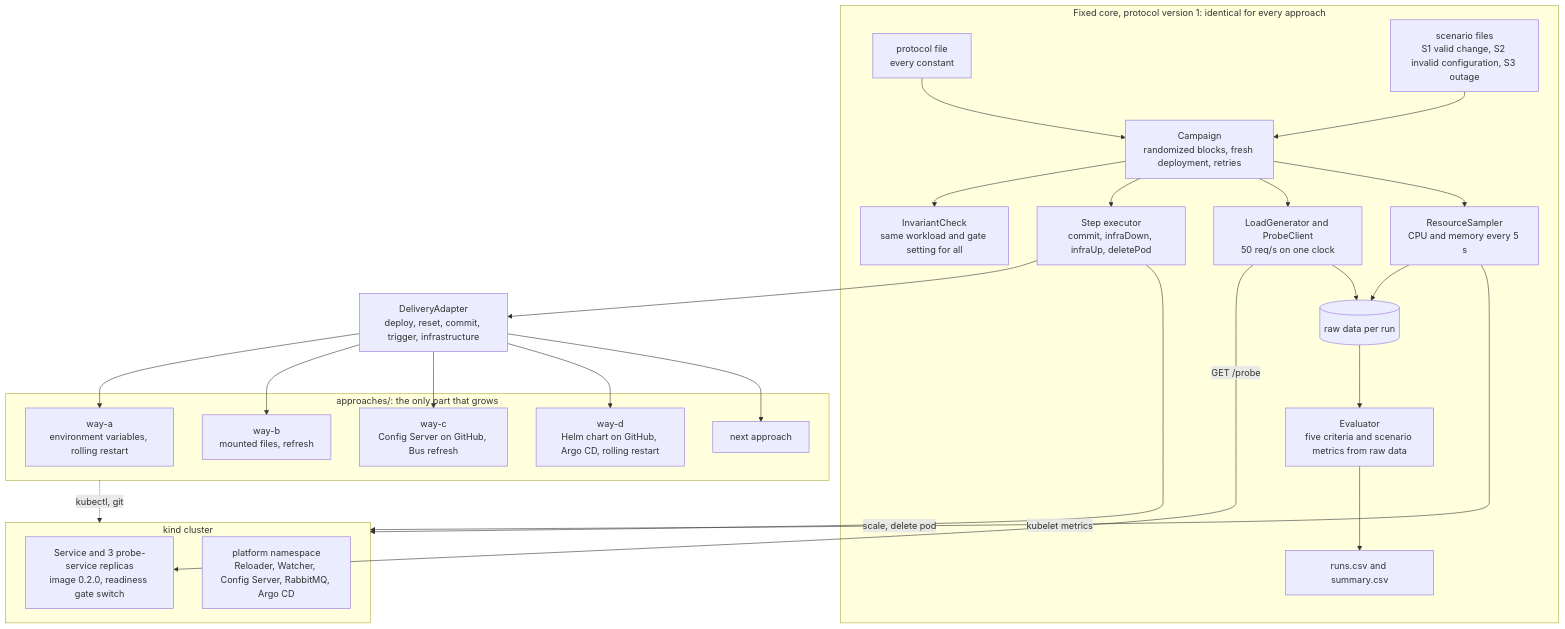
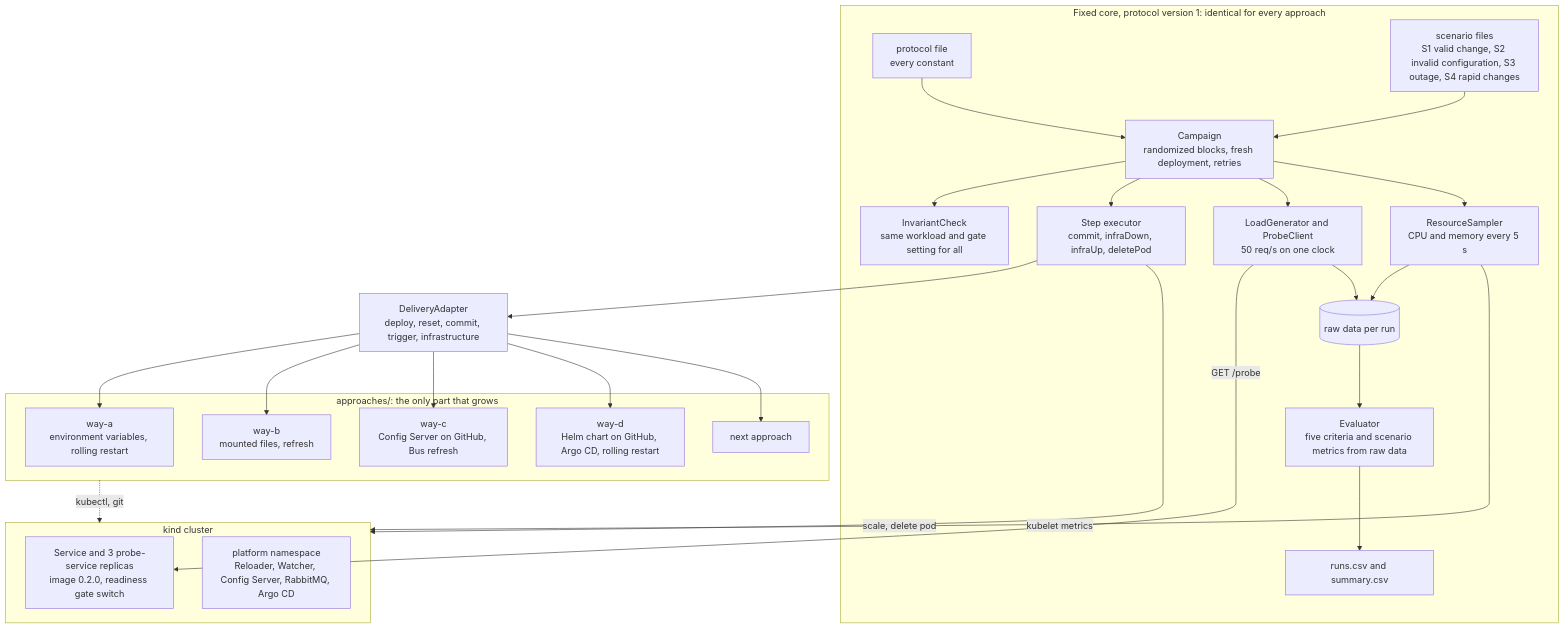
Before and after one commit to AimenFH/config-delivery-thesis: the second of 6 diagrams in document/architecture.md, drawn with Mermaid. The commit also changed other lines of this file and 17 other files, not shown here.

````diff
--- a/document/architecture.md
+++ b/document/architecture.md
@@ -78,51 +78,51 @@
 ```mermaid
 flowchart TB
     subgraph core["Fixed core, protocol version 1: identical for every approach"]
         protocol["protocol file<br/>every constant"]
-        scen["scenario files<br/>S1 valid change, S2 invalid configuration, S3 outage"]
+        scen["scenario files<br/>S1 valid change, S2 invalid configuration, S3 outage, S4 rapid changes"]
         campaign["Campaign<br/>randomized blocks, fresh deployment, retries"]
         steps["Step executor<br/>commit, infraDown, infraUp, deletePod"]
         inv["InvariantCheck<br/>same workload and gate setting for all"]
         load["LoadGenerator and ProbeClient<br/>50 req/s on one clock"]
         res["ResourceSampler<br/>CPU and memory every 5 s"]
         raw[("raw data per run")]
         eval["Evaluator<br/>five criteria and scenario metrics from raw data"]
         out["runs.csv and summary.csv"]
     end
 
     adapter["DeliveryAdapter<br/>deploy, reset, commit, trigger, infrastructure"]
 
     subgraph approaches["approaches/: the only part that grows"]
         a["way-a<br/>environment variables, rolling restart"]
         b["way-b<br/>mounted files, refresh"]
         c["way-c<br/>Config Server on GitHub, Bus refresh"]
         d["way-d<br/>Helm chart on GitHub, Argo CD, rolling restart"]
         n["next approach"]
     end
 
     subgraph cluster["kind cluster"]
         svc["Service and 3 probe-service replicas<br/>image 0.2.0, readiness gate switch"]
         infra["platform namespace<br/>Reloader, Watcher, Config Server, RabbitMQ, Argo CD"]
     end
 
     protocol --> campaign
     scen --> campaign
     campaign --> inv
     campaign --> steps
     steps --> adapter
     steps -- "scale, delete pod" --> cluster
     adapter --> a
     adapter --> b
     adapter --> c
     adapter --> d
     adapter --> n
     approaches -. "kubectl, git" .-> cluster
     campaign --> load
     campaign --> res
     load -- "GET /probe" --> svc
     res -- "kubelet metrics" --> cluster
     load --> raw
     res --> raw
     raw --> eval
     eval --> out
 ```
````
